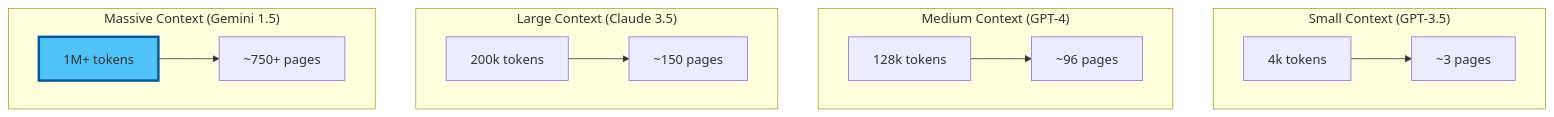
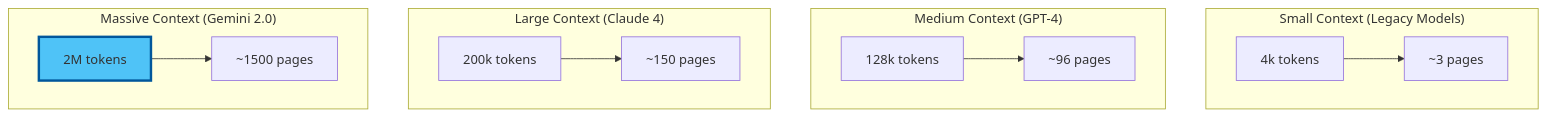
Before and after one commit to DreamLab-AI/dreamlab-ai-website: the sixth of 11 diagrams in public/data/workshops/workshop-02-morning-ai-api-access/01_concepts.md, drawn with Mermaid. The commit also changed other lines of this file and 34 other files, not shown here.

````diff
--- a/public/data/workshops/workshop-02-morning-ai-api-access/01_concepts.md
+++ b/public/data/workshops/workshop-02-morning-ai-api-access/01_concepts.md
@@ -193,20 +203,20 @@
 ```mermaid
 graph TD
-    subgraph "Small Context (GPT-3.5)"
+    subgraph "Small Context (Legacy Models)"
         S[4k tokens] --> S1[~3 pages]
     end
     
     subgraph "Medium Context (GPT-4)"
         M[128k tokens] --> M1[~96 pages]
     end
     
-    subgraph "Large Context (Claude 3.5)"
+    subgraph "Large Context (Claude 4)"
         L[200k tokens] --> L1[~150 pages]
     end
-    
-    subgraph "Massive Context (Gemini 1.5)"
-        G[1M+ tokens] --> G1[~750+ pages]
+
+    subgraph "Massive Context (Gemini 2.0)"
+        G[2M tokens] --> G1[~1500 pages]
     end
     
     style G fill:#4fc3f7,stroke:#01579b,stroke-width:3px
 ```
````
